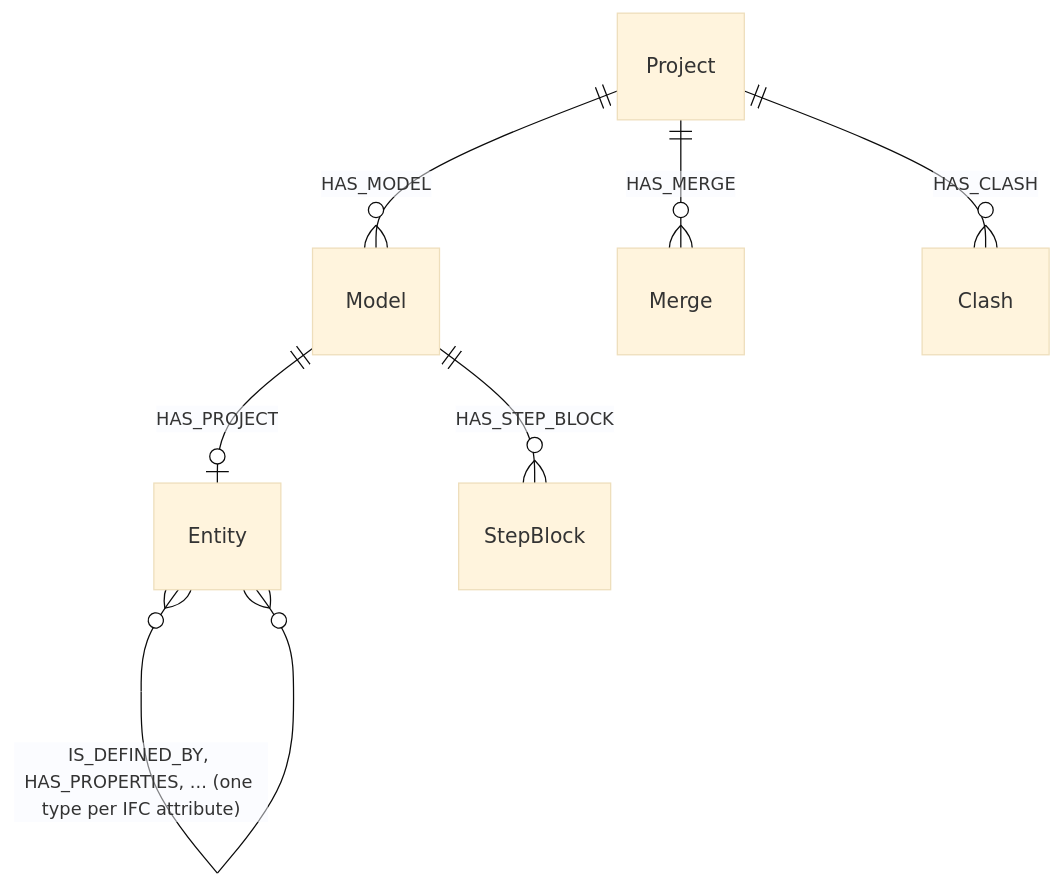
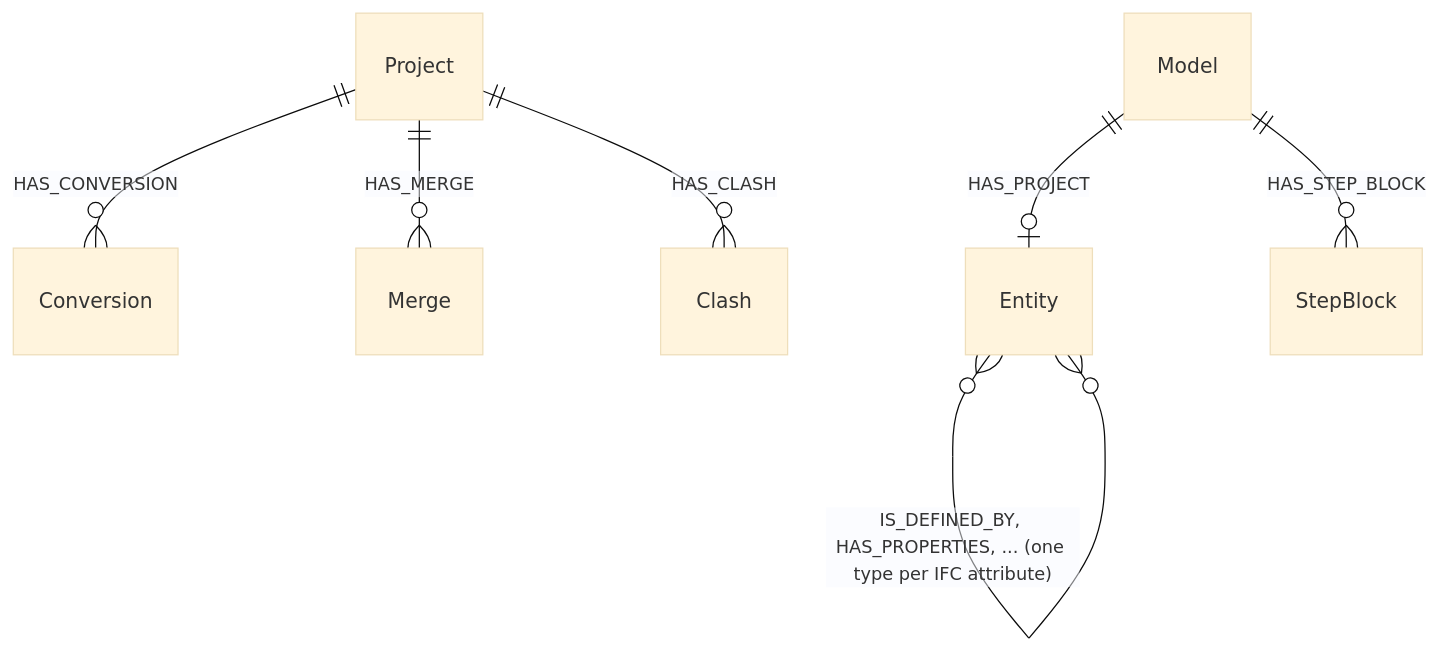
The sixth of 6 diagrams in docs/da/graph-schema.md (marwiss/Kontroll), drawn with Mermaid (base theme) before and after one commit. The commit also changed other lines of this file and 37 other files, not shown here.

````diff
--- a/docs/da/graph-schema.md
+++ b/docs/da/graph-schema.md
@@ -166,9 +166,9 @@
 ```mermaid
 erDiagram
-    Project ||--o{ Model : HAS_MODEL
+    Project ||--o{ Conversion : HAS_CONVERSION
     Project ||--o{ Merge : HAS_MERGE
     Project ||--o{ Clash : HAS_CLASH
     Model ||--o| Entity : HAS_PROJECT
     Model ||--o{ StepBlock : HAS_STEP_BLOCK
     Entity }o--o{ Entity : "IS_DEFINED_BY, HAS_PROPERTIES, ... (one type per IFC attribute)"
 ```
````
